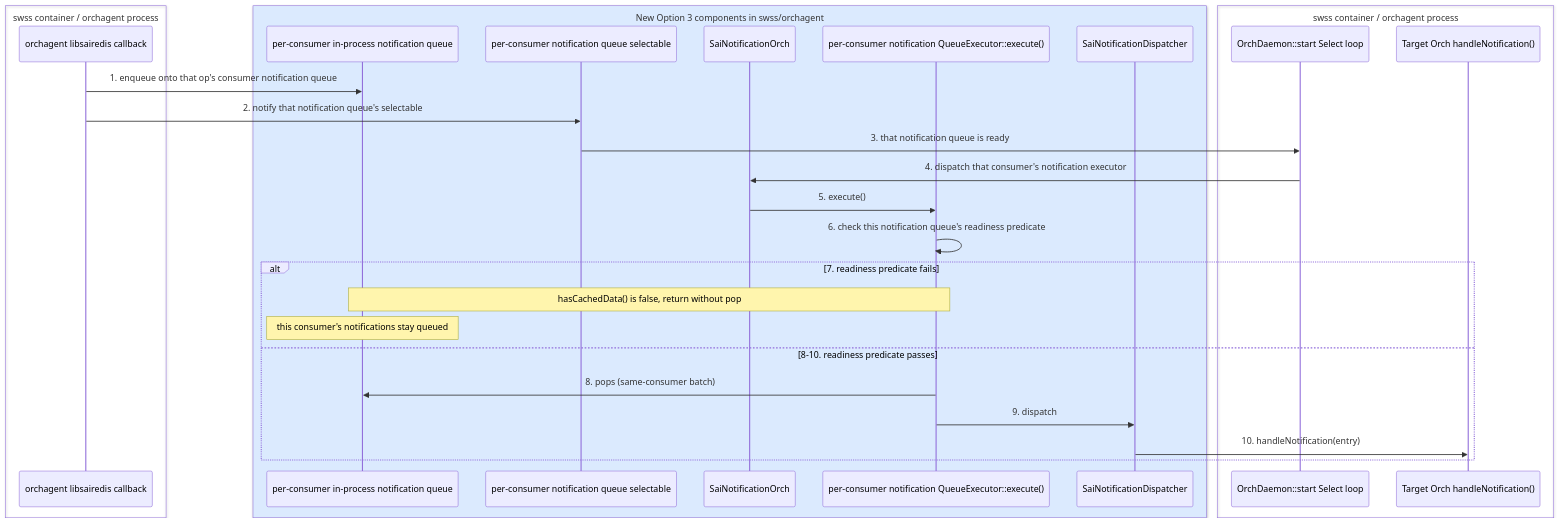
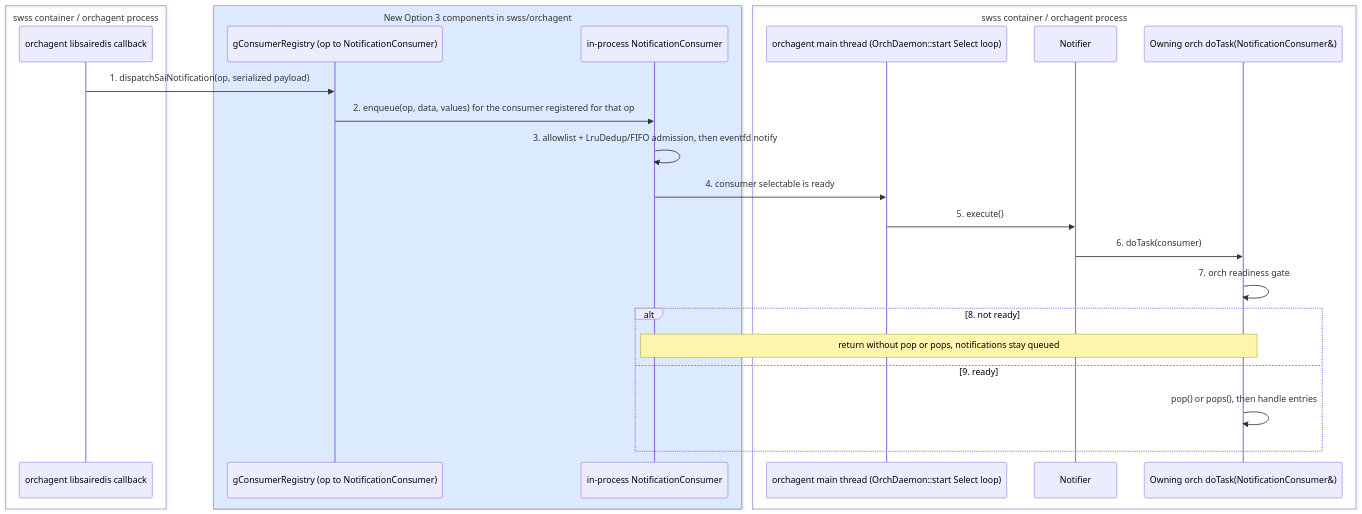
One commit to sonic-net/sonic-buildimage changed the seventh of 10 diagrams in hld/zmq-southbound-sai-notification-handling.md. Above: the diagram before and after it, drawn with Mermaid. The commit also changed other lines of this file, not shown here.

First line of the commit message:
Update Option 3 HLD to use in-process NotificationConsumer

````diff
--- a/hld/zmq-southbound-sai-notification-handling.md
+++ b/hld/zmq-southbound-sai-notification-handling.md
@@ -486,34 +495,30 @@
 ```mermaid
 sequenceDiagram
     box swss container / orchagent process
         participant Callback as orchagent libsairedis callback
     end
 
     box rgb(219, 234, 254) New Option 3 components in swss/orchagent
-        participant Queue as per-consumer in-process notification queue
-        participant Wakeup as per-consumer notification queue selectable
-        participant SaiNotificationOrch as SaiNotificationOrch
-        participant Executor as per-consumer notification QueueExecutor::execute()
-        participant Dispatcher as SaiNotificationDispatcher
+        participant Registry as gConsumerRegistry (op to NotificationConsumer)
+        participant Consumer as in-process NotificationConsumer
     end
 
     box swss container / orchagent process
-        participant MainLoop as OrchDaemon::start Select loop
-        participant Orch as Target Orch handleNotification()
+        participant MainLoop as orchagent main thread (OrchDaemon::start Select loop)
+        participant Notifier as Notifier
+        participant Orch as Owning orch doTask(NotificationConsumer&)
     end
 
-    Callback->>Queue: 1. enqueue onto that op's consumer notification queue
-    Callback->>Wakeup: 2. notify that notification queue's selectable
-    Wakeup->>MainLoop: 3. that notification queue is ready
-    MainLoop->>SaiNotificationOrch: 4. dispatch that consumer's notification executor
-    SaiNotificationOrch->>Executor: 5. execute()
-    Executor->>Executor: 6. check this notification queue's readiness predicate
-    alt 7. readiness predicate fails
-        Note over Executor,Queue: hasCachedData() is false, return without pop
-        Note over Queue: this consumer's notifications stay queued
-    else 8-10. readiness predicate passes
-        Executor->>Queue: 8. pops (same-consumer batch)
-        Executor->>Dispatcher: 9. dispatch
-        Dispatcher->>Orch: 10. handleNotification(entry)
+    Callback->>Registry: 1. dispatchSaiNotification(op, serialized payload)
+    Registry->>Consumer: 2. enqueue(op, data, values) for the consumer registered for that op
+    Consumer->>Consumer: 3. allowlist + LruDedup/FIFO admission, then eventfd notify
+    Consumer->>MainLoop: 4. consumer selectable is ready
+    MainLoop->>Notifier: 5. execute()
+    Notifier->>Orch: 6. doTask(consumer)
+    Orch->>Orch: 7. orch readiness gate
+    alt 8. not ready
+        Note over Orch,Consumer: return without pop or pops, notifications stay queued
+    else 9. ready
+        Orch->>Orch: pop() or pops(), then handle entries
     end
 ```
````
